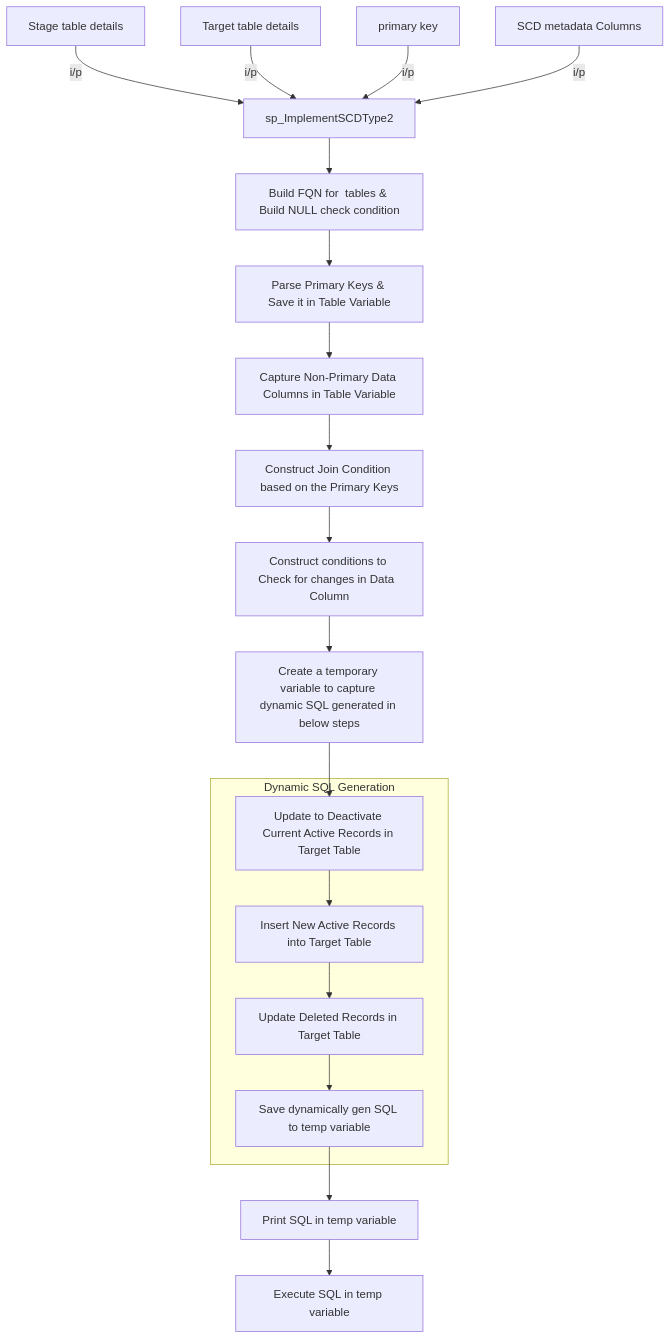
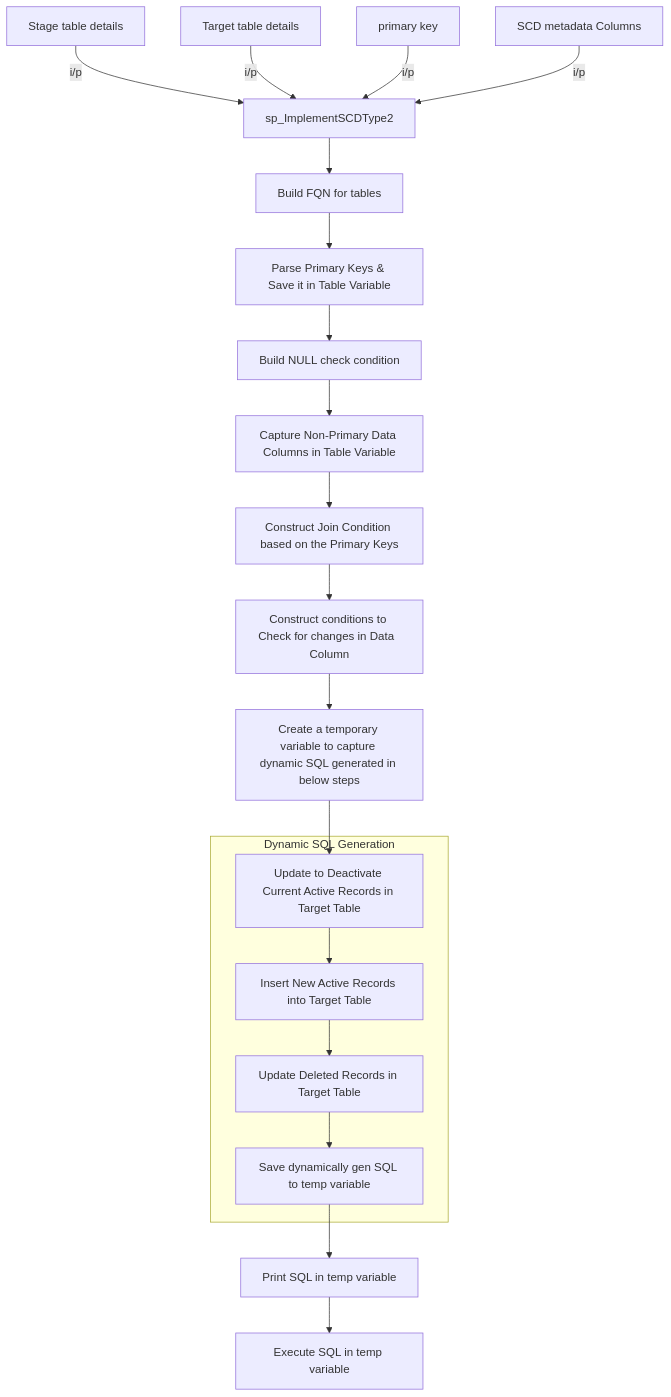
The diagram in sqlserver/SCDType2/Notes.md (ZosBHAI/SQL), drawn with Mermaid before and after one commit.

````diff
--- a/sqlserver/SCDType2/Notes.md
+++ b/sqlserver/SCDType2/Notes.md
@@ -65,26 +65,27 @@
 ```mermaid
 graph TD
     AZ[Stage table details]  --> |i/p|D1[sp_ImplementSCDType2]
     BZ[Target table details] --> |i/p|D1[sp_ImplementSCDType2]
     CZ[primary key] --> |i/p|D1[sp_ImplementSCDType2]
     DZ[SCD metadata Columns] --> |i/p|D1[sp_ImplementSCDType2]
       
  
-    D1 --> D[Build FQN for  tables & Build NULL check condition]
+    D1 --> D[Build FQN for  tables ]
     D --> E[Parse Primary Keys & Save it in Table Variable]
-    E --> F[Capture Non-Primary Data Columns in Table Variable]
+    E --> E1[Build NULL check condition]
+    E1 --> F[Capture Non-Primary Data Columns in Table Variable]
     F --> G[Construct Join Condition based on the Primary Keys]
     G --> H[Construct conditions to Check for changes in Data  Column]
     H --> I1[Create a temporary variable to capture dynamic SQL generated in below steps]
     
     I1 --> I[Update to Deactivate Current Active Records in Target Table]
     subgraph  Dynamic SQL  Generation
     I --> J[Insert New Active Records into Target Table]
     J --> K[Update Deleted Records in Target Table]
     K --> K1[Save dynamically gen SQL to temp variable]
     end
     K1 --> L[Print SQL in temp variable]
     L --> M[Execute SQL in temp variable]
 
 
 ```
````
